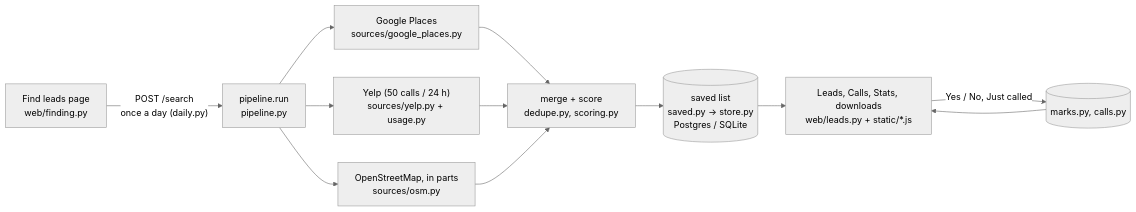
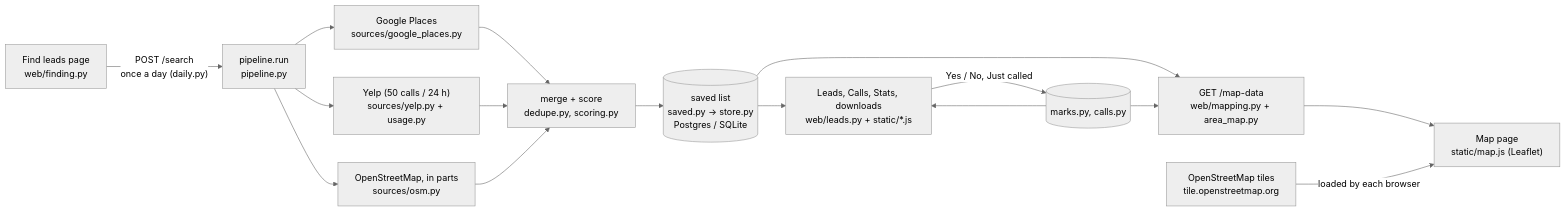
Before and after one commit to thomaswright03/Compactor-Lead-List-Generator: the diagram in docs/developer-overview.md, drawn with Mermaid (neutral theme). The commit also changed other lines of this file and 5 other files, not shown here.

````diff
--- a/docs/developer-overview.md
+++ b/docs/developer-overview.md
@@ -9,12 +9,16 @@
 ```mermaid
 flowchart LR
   F["Find leads page<br/>web/finding.py"] -->|"POST /search<br/>once a day (daily.py)"| P["pipeline.run<br/>pipeline.py"]
   P --> G["Google Places<br/>sources/google_places.py"]
   P --> Y["Yelp (50 calls / 24 h)<br/>sources/yelp.py + usage.py"]
   P --> O["OpenStreetMap, in parts<br/>sources/osm.py"]
   G & Y & O --> M["merge + score<br/>dedupe.py, scoring.py"]
   M --> S[("saved list<br/>saved.py → store.py<br/>Postgres / SQLite")]
   S --> L["Leads, Calls, Stats, downloads<br/>web/leads.py + static/*.js"]
   L -->|"Yes / No, Just called"| K[("marks.py, calls.py")]
   K --> L
+  S --> A["GET /map-data<br/>web/mapping.py + area_map.py"]
+  K --> A
+  A --> MP["Map page<br/>static/map.js (Leaflet)"]
+  T["OpenStreetMap tiles<br/>tile.openstreetmap.org"] -->|"loaded by each browser"| MP
 ```
````
